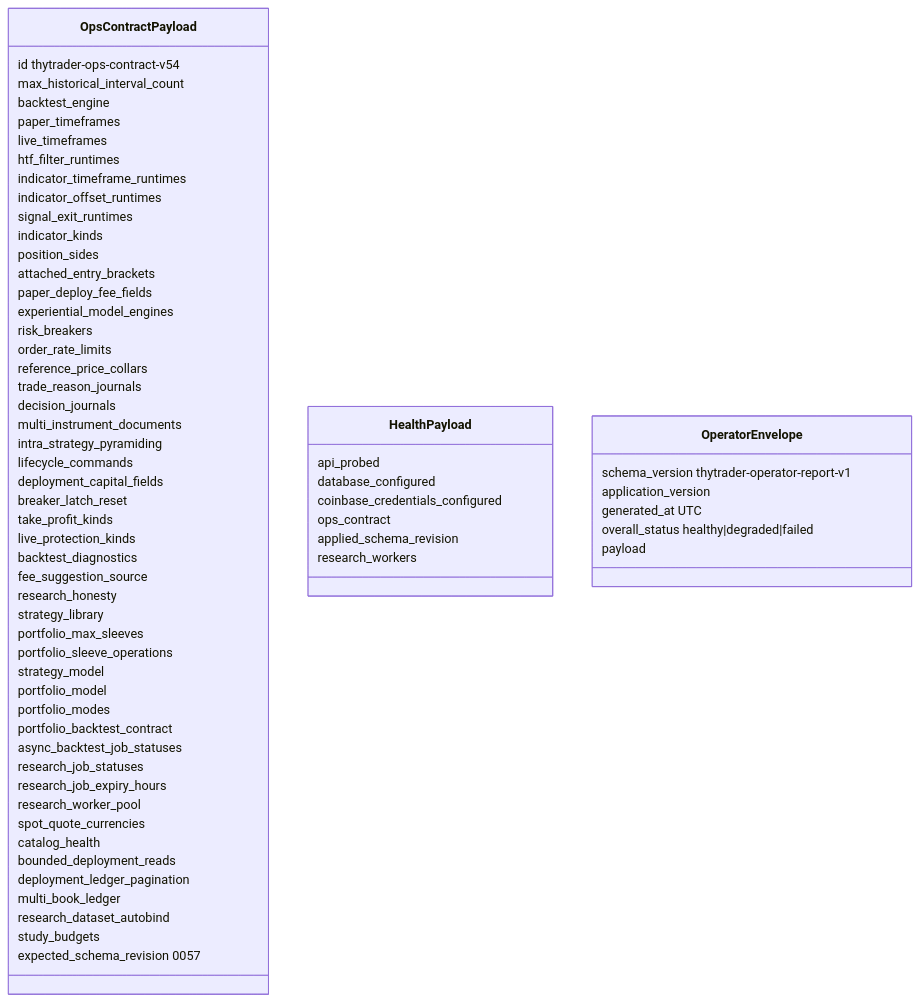
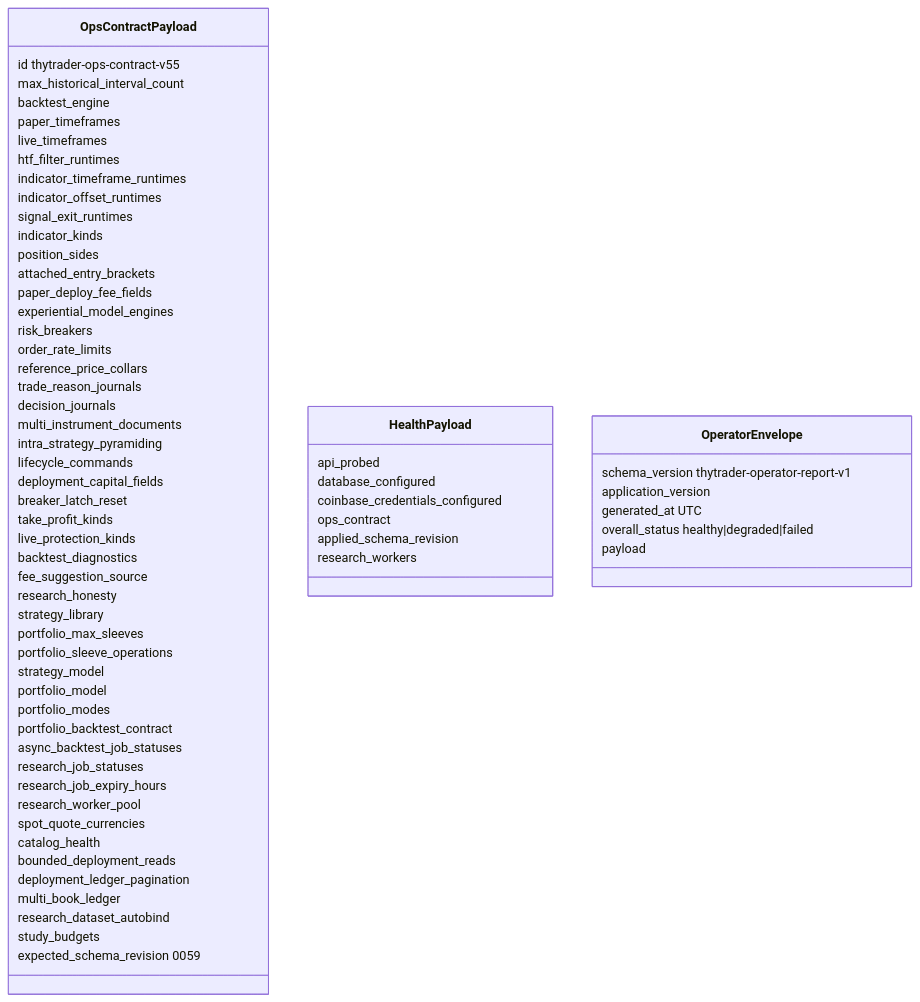
The diagram in docs/architecture/contracts/ops-contract.md (Zoltesh/thytrader), drawn with Mermaid before and after one commit. The commit also changed other lines of this file and 61 other files, not shown here.

````diff
--- a/docs/architecture/contracts/ops-contract.md
+++ b/docs/architecture/contracts/ops-contract.md
@@ -67,68 +67,68 @@
 ```mermaid
 classDiagram
   class OpsContractPayload {
-    id thytrader-ops-contract-v54
+    id thytrader-ops-contract-v55
     max_historical_interval_count
     backtest_engine
     paper_timeframes
     live_timeframes
     htf_filter_runtimes
     indicator_timeframe_runtimes
     indicator_offset_runtimes
     signal_exit_runtimes
     indicator_kinds
     position_sides
     attached_entry_brackets
     paper_deploy_fee_fields
     experiential_model_engines
     risk_breakers
     order_rate_limits
     reference_price_collars
     trade_reason_journals
     decision_journals
     multi_instrument_documents
     intra_strategy_pyramiding
     lifecycle_commands
     deployment_capital_fields
     breaker_latch_reset
     take_profit_kinds
     live_protection_kinds
     backtest_diagnostics
     fee_suggestion_source
     research_honesty
     strategy_library
     portfolio_max_sleeves
     portfolio_sleeve_operations
     strategy_model
     portfolio_model
     portfolio_modes
     portfolio_backtest_contract
     async_backtest_job_statuses
     research_job_statuses
     research_job_expiry_hours
     research_worker_pool
     spot_quote_currencies
     catalog_health
     bounded_deployment_reads
     deployment_ledger_pagination
     multi_book_ledger
     research_dataset_autobind
     study_budgets
-    expected_schema_revision 0057
+    expected_schema_revision 0059
   }
   class HealthPayload {
     api_probed
     database_configured
     coinbase_credentials_configured
     ops_contract
     applied_schema_revision
     research_workers
   }
   class OperatorEnvelope {
     schema_version thytrader-operator-report-v1
     application_version
     generated_at UTC
     overall_status healthy|degraded|failed
     payload
   }
 ```
````
